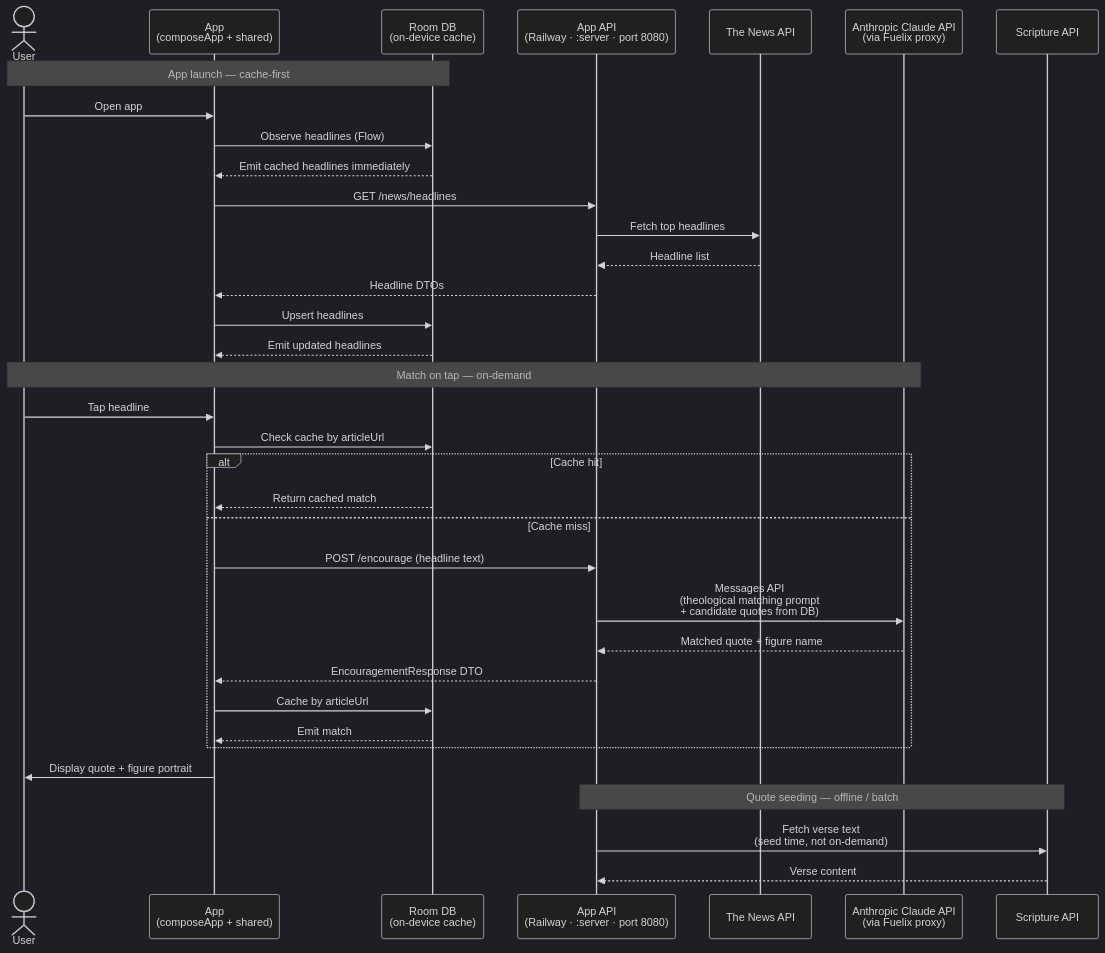
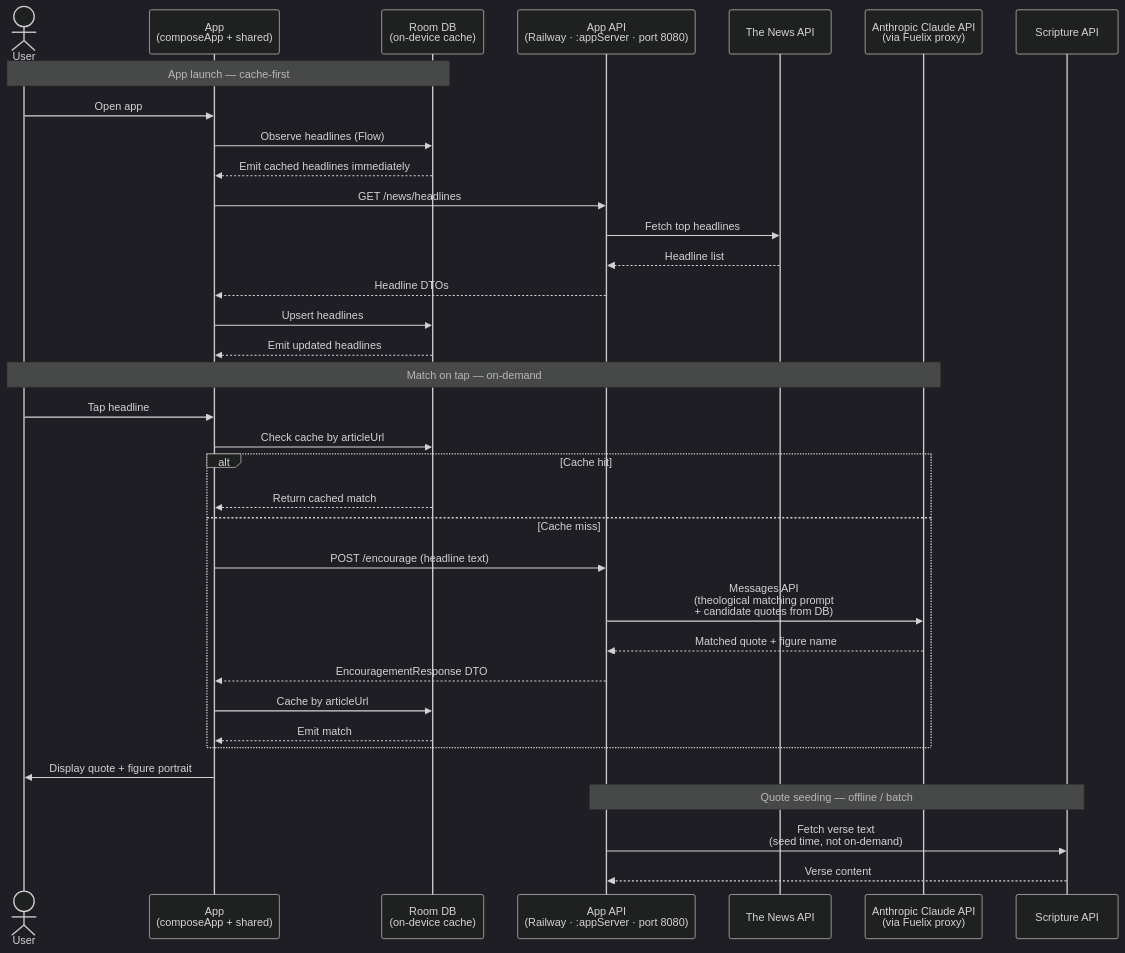
Before and after one commit to MicGon7/media-sage: the diagram in docs/diagrams/app-flow.md, drawn with Mermaid (dark theme). The commit also changed 203 other files, not shown here.

First line of the commit message:
MS-396: Rename :server → :appServer (PR 2/2)

````diff
--- a/docs/diagrams/app-flow.md
+++ b/docs/diagrams/app-flow.md
@@ -5,43 +5,43 @@
 ```mermaid
 sequenceDiagram
     actor User
     participant App as App<br/>(composeApp + shared)
     participant Room as Room DB<br/>(on-device cache)
-    participant Server as App API<br/>(Railway · :server · port 8080)
+    participant Server as App API<br/>(Railway · :appServer · port 8080)
     participant NewsAPI as The News API
     participant Claude as Anthropic Claude API<br/>(via Fuelix proxy)
     participant Scripture as Scripture API
 
     Note over User,Room: App launch — cache-first
 
     User->>App: Open app
     App->>Room: Observe headlines (Flow)
     Room-->>App: Emit cached headlines immediately
     App->>Server: GET /news/headlines
     Server->>NewsAPI: Fetch top headlines
     NewsAPI-->>Server: Headline list
     Server-->>App: Headline DTOs
     App->>Room: Upsert headlines
     Room-->>App: Emit updated headlines
 
     Note over User,Claude: Match on tap — on-demand
 
     User->>App: Tap headline
     App->>Room: Check cache by articleUrl
     alt Cache hit
         Room-->>App: Return cached match
     else Cache miss
         App->>Server: POST /encourage (headline text)
         Server->>Claude: Messages API<br/>(theological matching prompt<br/>+ candidate quotes from DB)
         Claude-->>Server: Matched quote + figure name
         Server-->>App: EncouragementResponse DTO
         App->>Room: Cache by articleUrl
         Room-->>App: Emit match
     end
     App->>User: Display quote + figure portrait
 
     Note over Server,Scripture: Quote seeding — offline / batch
 
     Server->>Scripture: Fetch verse text<br/>(seed time, not on-demand)
     Scripture-->>Server: Verse content
 ```
````
